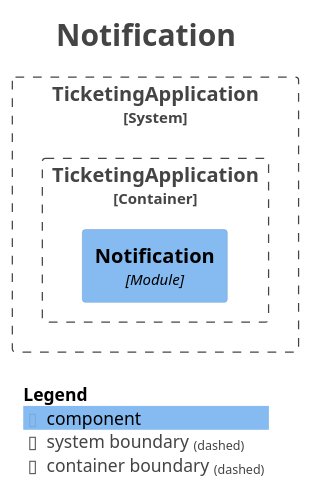
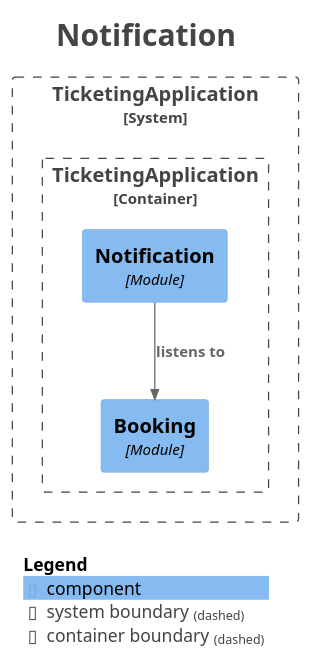
The diagram in docs/modulith/module-notification.puml (jkonury/ticketing), drawn with PlantUML before and after one commit. The commit also changed 5 other files, not shown here.

```diff
--- a/docs/modulith/module-notification.puml
+++ b/docs/modulith/module-notification.puml
@@ -1,27 +1,30 @@
 @startuml
 title <size:24>Notification</size>
 
 set separator none
 top to bottom direction
 
 <style>
   root {
     BackgroundColor: #ffffff
     FontColor: #444444
   }
 </style>
 
 !include <C4/C4>
 !include <C4/C4_Context>
 !include <C4/C4_Component>
 
 System_Boundary("TicketingApplication_boundary", "TicketingApplication", $tags="") {
   Container_Boundary("TicketingApplication.TicketingApplication_boundary", "TicketingApplication", $tags="") {
+    Component(TicketingApplication.TicketingApplication.Booking, "Booking", $techn="Module", $descr="", $tags="", $link="")
     Component(TicketingApplication.TicketingApplication.Notification, "Notification", $techn="Module", $descr="", $tags="", $link="")
   }
 
 }
 
+Rel(TicketingApplication.TicketingApplication.Notification, TicketingApplication.TicketingApplication.Booking, "listens to", $techn="", $tags="", $link="")
+
 SHOW_LEGEND(true)
 hide stereotypes
 @enduml
```
